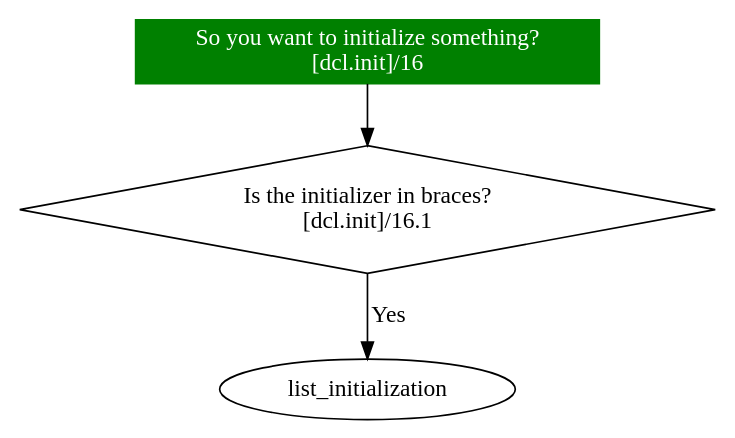
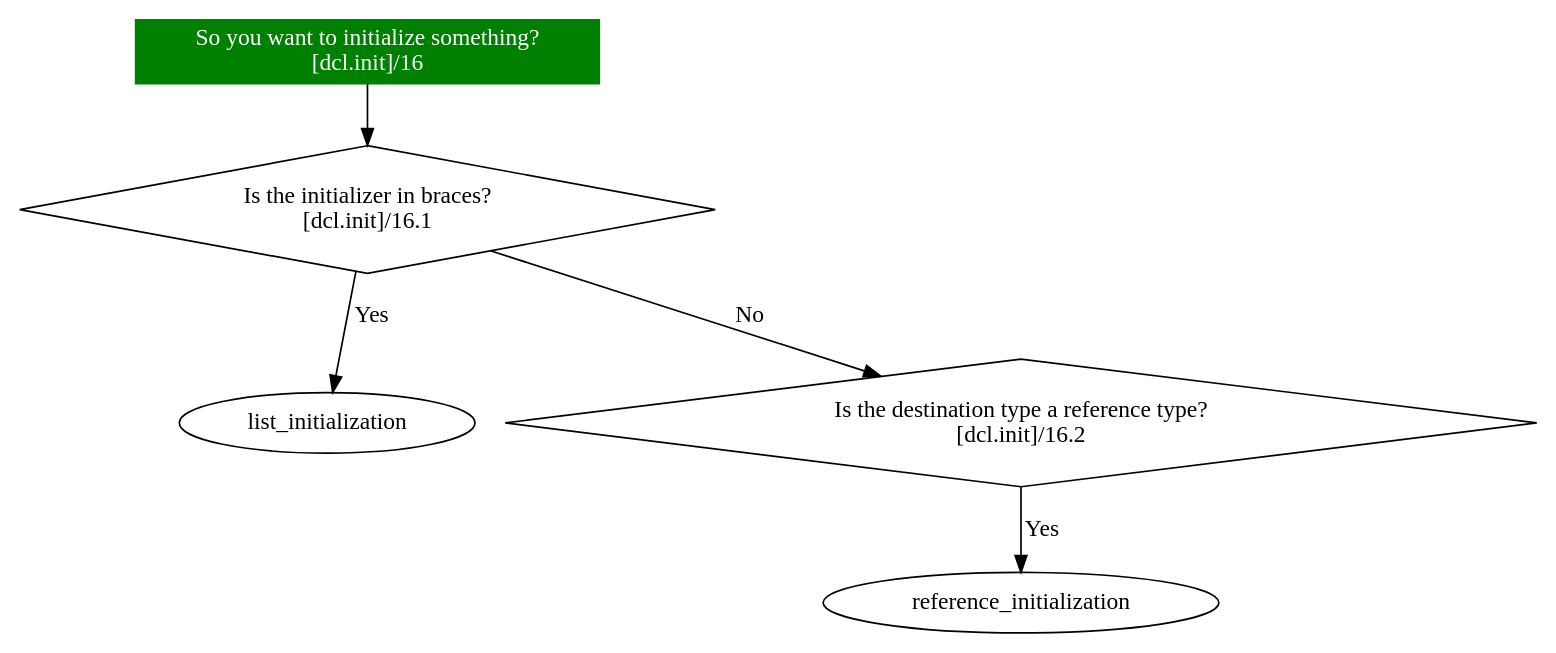
Before and after one commit to randomnetcat/cpp_initialization: the diagram in flowchart.dot, drawn with Graphviz.

Commit message:
Add reference question

```diff
--- a/flowchart.dot
+++ b/flowchart.dot
@@ -1,6 +1,9 @@
 digraph initialization {
     start [label="So you want to initialize something?\n[dcl.init]/16", style=filled, fillcolor=green, shape=box, color=green, fontcolor=white]
     start -> is_braced
     is_braced [label="Is the initializer in braces?\n[dcl.init]/16.1", shape=diamond]
     is_braced -> list_initialization [label="Yes"]
+    is_braced -> is_dest_reference [label="No"]
+    is_dest_reference [label="Is the destination type a reference type?\n[dcl.init]/16.2", shape=diamond]
+    is_dest_reference -> reference_initialization [label="Yes"]
 }
```
